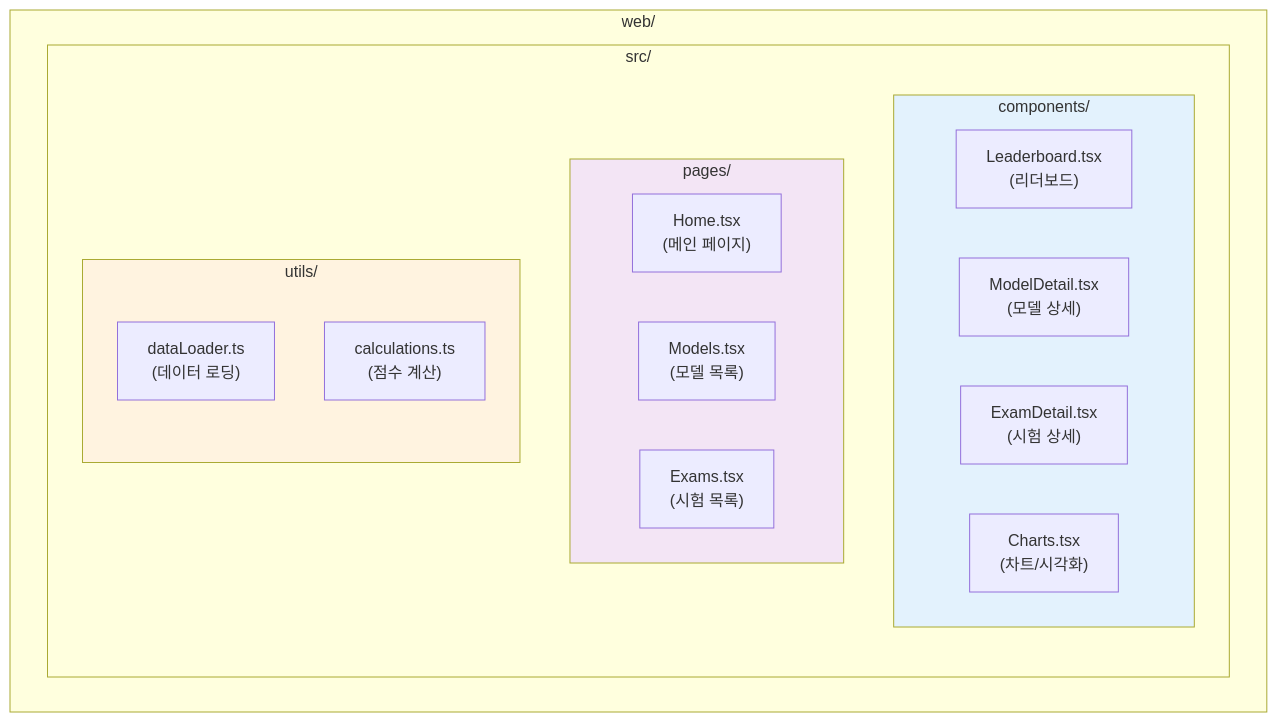
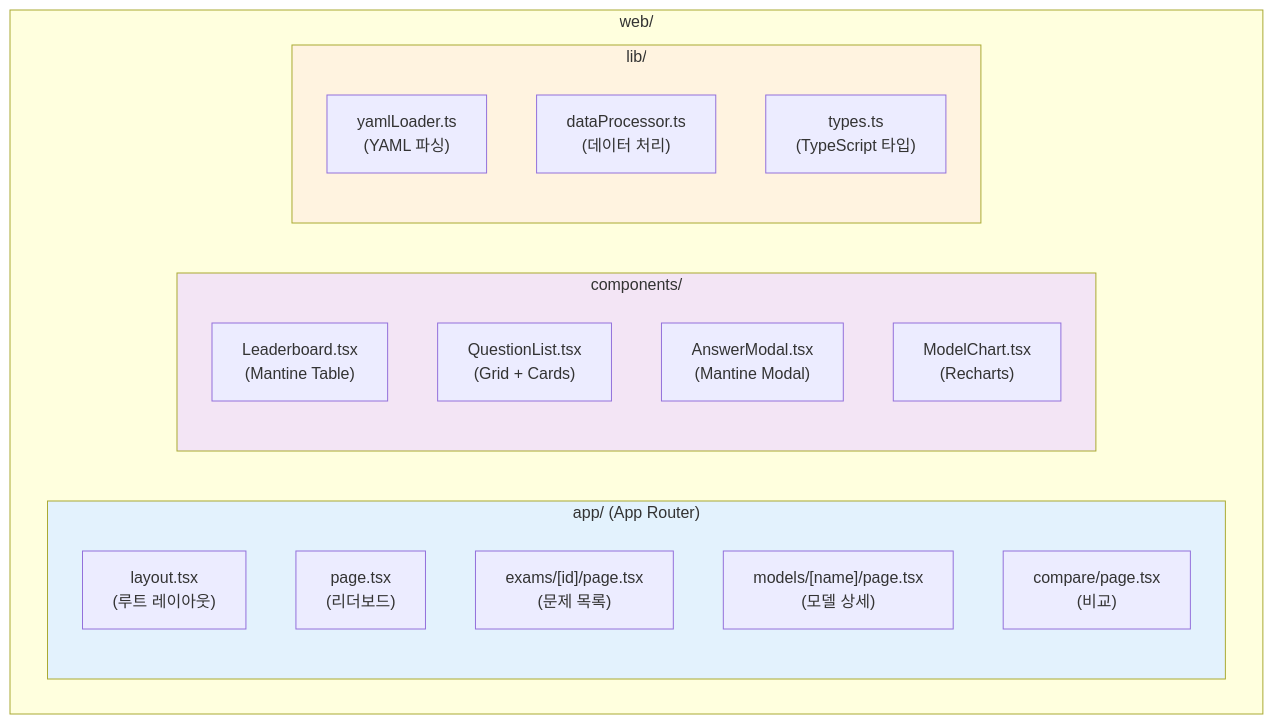
Before and after one commit to roboco-io/KSAT-AI-Benchmark: the second of 16 diagrams in docs/ARCHITECTURE.md, drawn with Mermaid. The commit also changed other lines of this file and 1 other file, not shown here.

Commit message:
docs: PRD 및 ARCHITECTURE 업데이트 - PDF 파싱, YAML 형식, Next.js+Mantine 반영

````diff
--- a/docs/ARCHITECTURE.md
+++ b/docs/ARCHITECTURE.md
@@ -188,28 +287,29 @@
 ```mermaid
 graph TD
     subgraph web["web/"]
-        subgraph src["src/"]
-            subgraph components["components/"]
-                leaderboard["Leaderboard.tsx<br/>(리더보드)"]
-                modeldetail["ModelDetail.tsx<br/>(모델 상세)"]
-                examdetail["ExamDetail.tsx<br/>(시험 상세)"]
-                charts["Charts.tsx<br/>(차트/시각화)"]
-            end
-            
-            subgraph pages["pages/"]
-                home["Home.tsx<br/>(메인 페이지)"]
-                models["Models.tsx<br/>(모델 목록)"]
-                exams["Exams.tsx<br/>(시험 목록)"]
-            end
-            
-            subgraph utils["utils/"]
-                dataloader["dataLoader.ts<br/>(데이터 로딩)"]
-                calc["calculations.ts<br/>(점수 계산)"]
-            end
+        subgraph app["app/ (App Router)"]
+            layout["layout.tsx<br/>(루트 레이아웃)"]
+            home["page.tsx<br/>(리더보드)"]
+            exams["exams/[id]/page.tsx<br/>(문제 목록)"]
+            models["models/[name]/page.tsx<br/>(모델 상세)"]
+            compare["compare/page.tsx<br/>(비교)"]
+        end
+        
+        subgraph components["components/"]
+            leaderboard["Leaderboard.tsx<br/>(Mantine Table)"]
+            questionlist["QuestionList.tsx<br/>(Grid + Cards)"]
+            answermodal["AnswerModal.tsx<br/>(Mantine Modal)"]
+            modelchart["ModelChart.tsx<br/>(Recharts)"]
+        end
+        
+        subgraph lib["lib/"]
+            yamlloader["yamlLoader.ts<br/>(YAML 파싱)"]
+            processor["dataProcessor.ts<br/>(데이터 처리)"]
+            types["types.ts<br/>(TypeScript 타입)"]
         end
     end
     
-    style components fill:#e3f2fd
-    style pages fill:#f3e5f5
-    style utils fill:#fff3e0
+    style app fill:#e3f2fd
+    style components fill:#f3e5f5
+    style lib fill:#fff3e0
 ```
````
